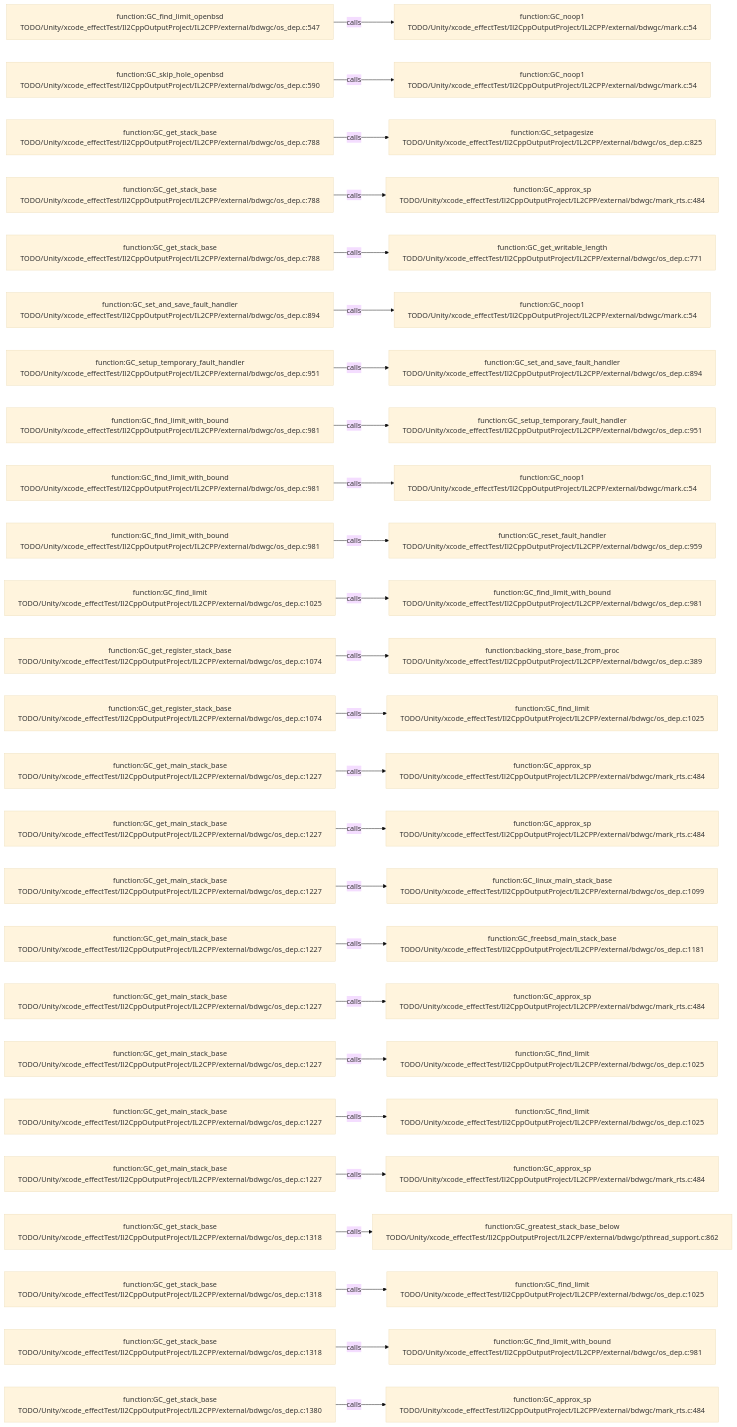
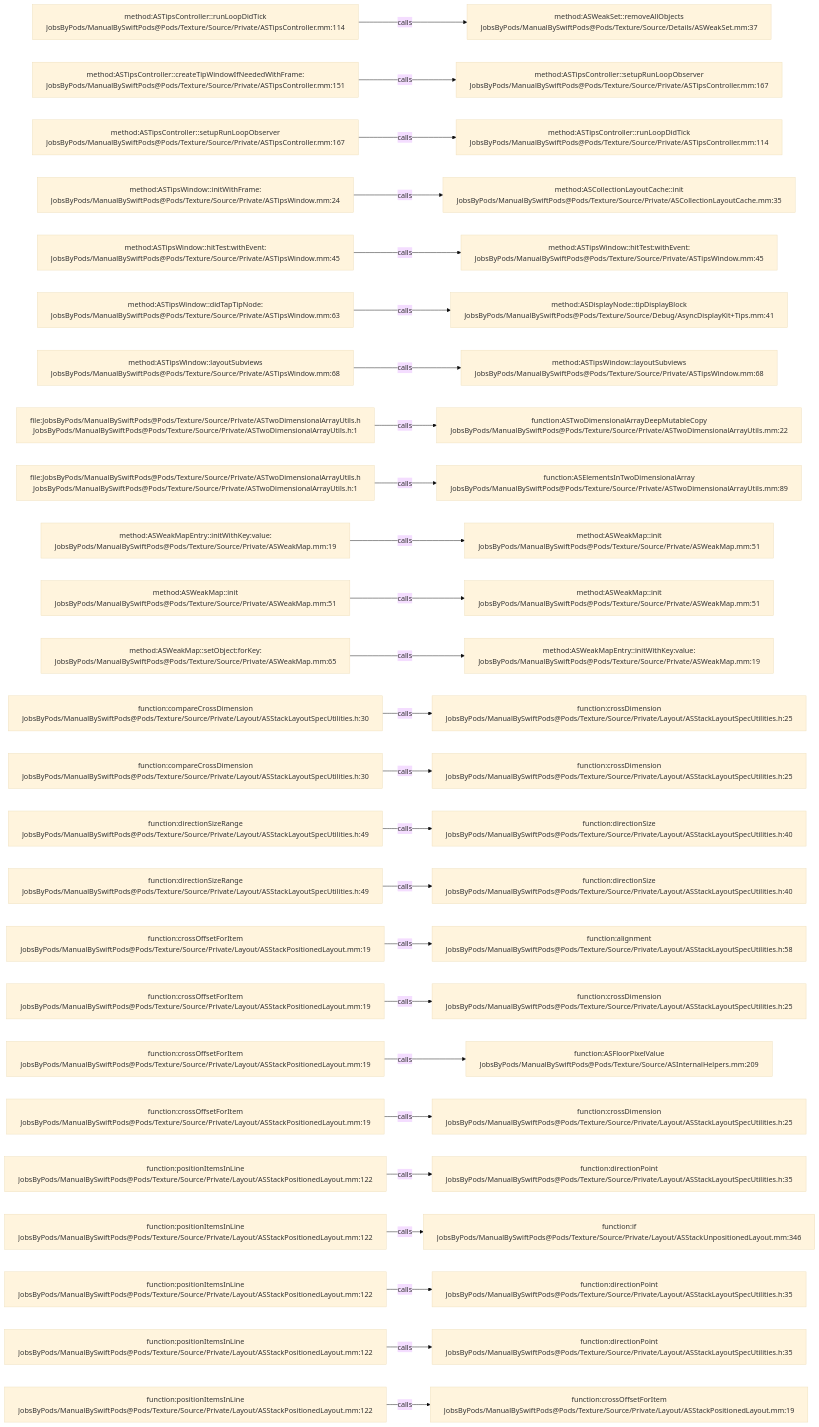
The diagram in .codegraph/codegraph.md/graphs/calls-142.md (JobsKits/JobsSwiftBaseConfigDemo), drawn with Mermaid (base theme) before and after one commit. The commit also changed 2959 other files, not shown here.

````diff
--- a/.codegraph/codegraph.md/graphs/calls-142.md
+++ b/.codegraph/codegraph.md/graphs/calls-142.md
@@ -13,78 +13,78 @@
 ```mermaid
 flowchart LR
-  S1["function:GC_find_limit_openbsd<br/>TODO/Unity/xcode_effectTest/Il2CppOutputProject/IL2CPP/external/bdwgc/os_dep.c:547"]
-  T1["function:GC_noop1<br/>TODO/Unity/xcode_effectTest/Il2CppOutputProject/IL2CPP/external/bdwgc/mark.c:54"]
+  S1["method:ASTipsController::runLoopDidTick<br/>JobsByPods/ManualBySwiftPods@Pods/Texture/Source/Private/ASTipsController.mm:114"]
+  T1["method:ASWeakSet::removeAllObjects<br/>JobsByPods/ManualBySwiftPods@Pods/Texture/Source/Details/ASWeakSet.mm:37"]
   S1 -->|calls| T1
-  S2["function:GC_skip_hole_openbsd<br/>TODO/Unity/xcode_effectTest/Il2CppOutputProject/IL2CPP/external/bdwgc/os_dep.c:590"]
-  T2["function:GC_noop1<br/>TODO/Unity/xcode_effectTest/Il2CppOutputProject/IL2CPP/external/bdwgc/mark.c:54"]
+  S2["method:ASTipsController::createTipWindowIfNeededWithFrame:<br/>JobsByPods/ManualBySwiftPods@Pods/Texture/Source/Private/ASTipsController.mm:151"]
+  T2["method:ASTipsController::setupRunLoopObserver<br/>JobsByPods/ManualBySwiftPods@Pods/Texture/Source/Private/ASTipsController.mm:167"]
   S2 -->|calls| T2
-  S3["function:GC_get_stack_base<br/>TODO/Unity/xcode_effectTest/Il2CppOutputProject/IL2CPP/external/bdwgc/os_dep.c:788"]
-  T3["function:GC_setpagesize<br/>TODO/Unity/xcode_effectTest/Il2CppOutputProject/IL2CPP/external/bdwgc/os_dep.c:825"]
+  S3["method:ASTipsController::setupRunLoopObserver<br/>JobsByPods/ManualBySwiftPods@Pods/Texture/Source/Private/ASTipsController.mm:167"]
+  T3["method:ASTipsController::runLoopDidTick<br/>JobsByPods/ManualBySwiftPods@Pods/Texture/Source/Private/ASTipsController.mm:114"]
   S3 -->|calls| T3
-  S4["function:GC_get_stack_base<br/>TODO/Unity/xcode_effectTest/Il2CppOutputProject/IL2CPP/external/bdwgc/os_dep.c:788"]
-  T4["function:GC_approx_sp<br/>TODO/Unity/xcode_effectTest/Il2CppOutputProject/IL2CPP/external/bdwgc/mark_rts.c:484"]
+  S4["method:ASTipsWindow::initWithFrame:<br/>JobsByPods/ManualBySwiftPods@Pods/Texture/Source/Private/ASTipsWindow.mm:24"]
+  T4["method:ASCollectionLayoutCache::init<br/>JobsByPods/ManualBySwiftPods@Pods/Texture/Source/Private/ASCollectionLayoutCache.mm:35"]
   S4 -->|calls| T4
-  S5["function:GC_get_stack_base<br/>TODO/Unity/xcode_effectTest/Il2CppOutputProject/IL2CPP/external/bdwgc/os_dep.c:788"]
-  T5["function:GC_get_writable_length<br/>TODO/Unity/xcode_effectTest/Il2CppOutputProject/IL2CPP/external/bdwgc/os_dep.c:771"]
+  S5["method:ASTipsWindow::hitTest:withEvent:<br/>JobsByPods/ManualBySwiftPods@Pods/Texture/Source/Private/ASTipsWindow.mm:45"]
+  T5["method:ASTipsWindow::hitTest:withEvent:<br/>JobsByPods/ManualBySwiftPods@Pods/Texture/Source/Private/ASTipsWindow.mm:45"]
   S5 -->|calls| T5
-  S6["function:GC_set_and_save_fault_handler<br/>TODO/Unity/xcode_effectTest/Il2CppOutputProject/IL2CPP/external/bdwgc/os_dep.c:894"]
-  T6["function:GC_noop1<br/>TODO/Unity/xcode_effectTest/Il2CppOutputProject/IL2CPP/external/bdwgc/mark.c:54"]
+  S6["method:ASTipsWindow::didTapTipNode:<br/>JobsByPods/ManualBySwiftPods@Pods/Texture/Source/Private/ASTipsWindow.mm:63"]
+  T6["method:ASDisplayNode::tipDisplayBlock<br/>JobsByPods/ManualBySwiftPods@Pods/Texture/Source/Debug/AsyncDisplayKit+Tips.mm:41"]
   S6 -->|calls| T6
-  S7["function:GC_setup_temporary_fault_handler<br/>TODO/Unity/xcode_effectTest/Il2CppOutputProject/IL2CPP/external/bdwgc/os_dep.c:951"]
-  T7["function:GC_set_and_save_fault_handler<br/>TODO/Unity/xcode_effectTest/Il2CppOutputProject/IL2CPP/external/bdwgc/os_dep.c:894"]
+  S7["method:ASTipsWindow::layoutSubviews<br/>JobsByPods/ManualBySwiftPods@Pods/Texture/Source/Private/ASTipsWindow.mm:68"]
+  T7["method:ASTipsWindow::layoutSubviews<br/>JobsByPods/ManualBySwiftPods@Pods/Texture/Source/Private/ASTipsWindow.mm:68"]
   S7 -->|calls| T7
-  S8["function:GC_find_limit_with_bound<br/>TODO/Unity/xcode_effectTest/Il2CppOutputProject/IL2CPP/external/bdwgc/os_dep.c:981"]
-  T8["function:GC_setup_temporary_fault_handler<br/>TODO/Unity/xcode_effectTest/Il2CppOutputProject/IL2CPP/external/bdwgc/os_dep.c:951"]
+  S8["file:JobsByPods/ManualBySwiftPods@Pods/Texture/Source/Private/ASTwoDimensionalArrayUtils.h<br/>JobsByPods/ManualBySwiftPods@Pods/Texture/Source/Private/ASTwoDimensionalArrayUtils.h:1"]
+  T8["function:ASTwoDimensionalArrayDeepMutableCopy<br/>JobsByPods/ManualBySwiftPods@Pods/Texture/Source/Private/ASTwoDimensionalArrayUtils.mm:22"]
   S8 -->|calls| T8
-  S9["function:GC_find_limit_with_bound<br/>TODO/Unity/xcode_effectTest/Il2CppOutputProject/IL2CPP/external/bdwgc/os_dep.c:981"]
-  T9["function:GC_noop1<br/>TODO/Unity/xcode_effectTest/Il2CppOutputProject/IL2CPP/external/bdwgc/mark.c:54"]
+  S9["file:JobsByPods/ManualBySwiftPods@Pods/Texture/Source/Private/ASTwoDimensionalArrayUtils.h<br/>JobsByPods/ManualBySwiftPods@Pods/Texture/Source/Private/ASTwoDimensionalArrayUtils.h:1"]
+  T9["function:ASElementsInTwoDimensionalArray<br/>JobsByPods/ManualBySwiftPods@Pods/Texture/Source/Private/ASTwoDimensionalArrayUtils.mm:89"]
   S9 -->|calls| T9
-  S10["function:GC_find_limit_with_bound<br/>TODO/Unity/xcode_effectTest/Il2CppOutputProject/IL2CPP/external/bdwgc/os_dep.c:981"]
-  T10["function:GC_reset_fault_handler<br/>TODO/Unity/xcode_effectTest/Il2CppOutputProject/IL2CPP/external/bdwgc/os_dep.c:959"]
+  S10["method:ASWeakMapEntry::initWithKey:value:<br/>JobsByPods/ManualBySwiftPods@Pods/Texture/Source/Private/ASWeakMap.mm:19"]
+  T10["method:ASWeakMap::init<br/>JobsByPods/ManualBySwiftPods@Pods/Texture/Source/Private/ASWeakMap.mm:51"]
   S10 -->|calls| T10
-  S11["function:GC_find_limit<br/>TODO/Unity/xcode_effectTest/Il2CppOutputProject/IL2CPP/external/bdwgc/os_dep.c:1025"]
-  T11["function:GC_find_limit_with_bound<br/>TODO/Unity/xcode_effectTest/Il2CppOutputProject/IL2CPP/external/bdwgc/os_dep.c:981"]
+  S11["method:ASWeakMap::init<br/>JobsByPods/ManualBySwiftPods@Pods/Texture/Source/Private/ASWeakMap.mm:51"]
+  T11["method:ASWeakMap::init<br/>JobsByPods/ManualBySwiftPods@Pods/Texture/Source/Private/ASWeakMap.mm:51"]
   S11 -->|calls| T11
-  S12["function:GC_get_register_stack_base<br/>TODO/Unity/xcode_effectTest/Il2CppOutputProject/IL2CPP/external/bdwgc/os_dep.c:1074"]
-  T12["function:backing_store_base_from_proc<br/>TODO/Unity/xcode_effectTest/Il2CppOutputProject/IL2CPP/external/bdwgc/os_dep.c:389"]
+  S12["method:ASWeakMap::setObject:forKey:<br/>JobsByPods/ManualBySwiftPods@Pods/Texture/Source/Private/ASWeakMap.mm:65"]
+  T12["method:ASWeakMapEntry::initWithKey:value:<br/>JobsByPods/ManualBySwiftPods@Pods/Texture/Source/Private/ASWeakMap.mm:19"]
   S12 -->|calls| T12
-  S13["function:GC_get_register_stack_base<br/>TODO/Unity/xcode_effectTest/Il2CppOutputProject/IL2CPP/external/bdwgc/os_dep.c:1074"]
-  T13["function:GC_find_limit<br/>TODO/Unity/xcode_effectTest/Il2CppOutputProject/IL2CPP/external/bdwgc/os_dep.c:1025"]
+  S13["function:compareCrossDimension<br/>JobsByPods/ManualBySwiftPods@Pods/Texture/Source/Private/Layout/ASStackLayoutSpecUtilities.h:30"]
+  T13["function:crossDimension<br/>JobsByPods/ManualBySwiftPods@Pods/Texture/Source/Private/Layout/ASStackLayoutSpecUtilities.h:25"]
   S13 -->|calls| T13
-  S14["function:GC_get_main_stack_base<br/>TODO/Unity/xcode_effectTest/Il2CppOutputProject/IL2CPP/external/bdwgc/os_dep.c:1227"]
-  T14["function:GC_approx_sp<br/>TODO/Unity/xcode_effectTest/Il2CppOutputProject/IL2CPP/external/bdwgc/mark_rts.c:484"]
+  S14["function:compareCrossDimension<br/>JobsByPods/ManualBySwiftPods@Pods/Texture/Source/Private/Layout/ASStackLayoutSpecUtilities.h:30"]
+  T14["function:crossDimension<br/>JobsByPods/ManualBySwiftPods@Pods/Texture/Source/Private/Layout/ASStackLayoutSpecUtilities.h:25"]
   S14 -->|calls| T14
-  S15["function:GC_get_main_stack_base<br/>TODO/Unity/xcode_effectTest/Il2CppOutputProject/IL2CPP/external/bdwgc/os_dep.c:1227"]
-  T15["function:GC_approx_sp<br/>TODO/Unity/xcode_effectTest/Il2CppOutputProject/IL2CPP/external/bdwgc/mark_rts.c:484"]
+  S15["function:directionSizeRange<br/>JobsByPods/ManualBySwiftPods@Pods/Texture/Source/Private/Layout/ASStackLayoutSpecUtilities.h:49"]
+  T15["function:directionSize<br/>JobsByPods/ManualBySwiftPods@Pods/Texture/Source/Private/Layout/ASStackLayoutSpecUtilities.h:40"]
   S15 -->|calls| T15
-  S16["function:GC_get_main_stack_base<br/>TODO/Unity/xcode_effectTest/Il2CppOutputProject/IL2CPP/external/bdwgc/os_dep.c:1227"]
-  T16["function:GC_linux_main_stack_base<br/>TODO/Unity/xcode_effectTest/Il2CppOutputProject/IL2CPP/external/bdwgc/os_dep.c:1099"]
+  S16["function:directionSizeRange<br/>JobsByPods/ManualBySwiftPods@Pods/Texture/Source/Private/Layout/ASStackLayoutSpecUtilities.h:49"]
+  T16["function:directionSize<br/>JobsByPods/ManualBySwiftPods@Pods/Texture/Source/Private/Layout/ASStackLayoutSpecUtilities.h:40"]
   S16 -->|calls| T16
-  S17["function:GC_get_main_stack_base<br/>TODO/Unity/xcode_effectTest/Il2CppOutputProject/IL2CPP/external/bdwgc/os_dep.c:1227"]
-  T17["function:GC_freebsd_main_stack_base<br/>TODO/Unity/xcode_effectTest/Il2CppOutputProject/IL2CPP/external/bdwgc/os_dep.c:1181"]
+  S17["function:crossOffsetForItem<br/>JobsByPods/ManualBySwiftPods@Pods/Texture/Source/Private/Layout/ASStackPositionedLayout.mm:19"]
+  T17["function:alignment<br/>JobsByPods/ManualBySwiftPods@Pods/Texture/Source/Private/Layout/ASStackLayoutSpecUtilities.h:58"]
   S17 -->|calls| T17
-  S18["function:GC_get_main_stack_base<br/>TODO/Unity/xcode_effectTest/Il2CppOutputProject/IL2CPP/external/bdwgc/os_dep.c:1227"]
-  T18["function:GC_approx_sp<br/>TODO/Unity/xcode_effectTest/Il2CppOutputProject/IL2CPP/external/bdwgc/mark_rts.c:484"]
+  S18["function:crossOffsetForItem<br/>JobsByPods/ManualBySwiftPods@Pods/Texture/Source/Private/Layout/ASStackPositionedLayout.mm:19"]
+  T18["function:crossDimension<br/>JobsByPods/ManualBySwiftPods@Pods/Texture/Source/Private/Layout/ASStackLayoutSpecUtilities.h:25"]
   S18 -->|calls| T18
-  S19["function:GC_get_main_stack_base<br/>TODO/Unity/xcode_effectTest/Il2CppOutputProject/IL2CPP/external/bdwgc/os_dep.c:1227"]
-  T19["function:GC_find_limit<br/>TODO/Unity/xcode_effectTest/Il2CppOutputProject/IL2CPP/external/bdwgc/os_dep.c:1025"]
+  S19["function:crossOffsetForItem<br/>JobsByPods/ManualBySwiftPods@Pods/Texture/Source/Private/Layout/ASStackPositionedLayout.mm:19"]
+  T19["function:ASFloorPixelValue<br/>JobsByPods/ManualBySwiftPods@Pods/Texture/Source/ASInternalHelpers.mm:209"]
   S19 -->|calls| T19
-  S20["function:GC_get_main_stack_base<br/>TODO/Unity/xcode_effectTest/Il2CppOutputProject/IL2CPP/external/bdwgc/os_dep.c:1227"]
-  T20["function:GC_find_limit<br/>TODO/Unity/xcode_effectTest/Il2CppOutputProject/IL2CPP/external/bdwgc/os_dep.c:1025"]
+  S20["function:crossOffsetForItem<br/>JobsByPods/ManualBySwiftPods@Pods/Texture/Source/Private/Layout/ASStackPositionedLayout.mm:19"]
+  T20["function:crossDimension<br/>JobsByPods/ManualBySwiftPods@Pods/Texture/Source/Private/Layout/ASStackLayoutSpecUtilities.h:25"]
   S20 -->|calls| T20
-  S21["function:GC_get_main_stack_base<br/>TODO/Unity/xcode_effectTest/Il2CppOutputProject/IL2CPP/external/bdwgc/os_dep.c:1227"]
-  T21["function:GC_approx_sp<br/>TODO/Unity/xcode_effectTest/Il2CppOutputProject/IL2CPP/external/bdwgc/mark_rts.c:484"]
+  S21["function:positionItemsInLine<br/>JobsByPods/ManualBySwiftPods@Pods/Texture/Source/Private/Layout/ASStackPositionedLayout.mm:122"]
+  T21["function:directionPoint<br/>JobsByPods/ManualBySwiftPods@Pods/Texture/Source/Private/Layout/ASStackLayoutSpecUtilities.h:35"]
   S21 -->|calls| T21
-  S22["function:GC_get_stack_base<br/>TODO/Unity/xcode_effectTest/Il2CppOutputProject/IL2CPP/external/bdwgc/os_dep.c:1318"]
-  T22["function:GC_greatest_stack_base_below<br/>TODO/Unity/xcode_effectTest/Il2CppOutputProject/IL2CPP/external/bdwgc/pthread_support.c:862"]
+  S22["function:positionItemsInLine<br/>JobsByPods/ManualBySwiftPods@Pods/Texture/Source/Private/Layout/ASStackPositionedLayout.mm:122"]
+  T22["function:if<br/>JobsByPods/ManualBySwiftPods@Pods/Texture/Source/Private/Layout/ASStackUnpositionedLayout.mm:346"]
   S22 -->|calls| T22
-  S23["function:GC_get_stack_base<br/>TODO/Unity/xcode_effectTest/Il2CppOutputProject/IL2CPP/external/bdwgc/os_dep.c:1318"]
-  T23["function:GC_find_limit<br/>TODO/Unity/xcode_effectTest/Il2CppOutputProject/IL2CPP/external/bdwgc/os_dep.c:1025"]
+  S23["function:positionItemsInLine<br/>JobsByPods/ManualBySwiftPods@Pods/Texture/Source/Private/Layout/ASStackPositionedLayout.mm:122"]
+  T23["function:directionPoint<br/>JobsByPods/ManualBySwiftPods@Pods/Texture/Source/Private/Layout/ASStackLayoutSpecUtilities.h:35"]
   S23 -->|calls| T23
-  S24["function:GC_get_stack_base<br/>TODO/Unity/xcode_effectTest/Il2CppOutputProject/IL2CPP/external/bdwgc/os_dep.c:1318"]
-  T24["function:GC_find_limit_with_bound<br/>TODO/Unity/xcode_effectTest/Il2CppOutputProject/IL2CPP/external/bdwgc/os_dep.c:981"]
+  S24["function:positionItemsInLine<br/>JobsByPods/ManualBySwiftPods@Pods/Texture/Source/Private/Layout/ASStackPositionedLayout.mm:122"]
+  T24["function:directionPoint<br/>JobsByPods/ManualBySwiftPods@Pods/Texture/Source/Private/Layout/ASStackLayoutSpecUtilities.h:35"]
   S24 -->|calls| T24
-  S25["function:GC_get_stack_base<br/>TODO/Unity/xcode_effectTest/Il2CppOutputProject/IL2CPP/external/bdwgc/os_dep.c:1380"]
-  T25["function:GC_approx_sp<br/>TODO/Unity/xcode_effectTest/Il2CppOutputProject/IL2CPP/external/bdwgc/mark_rts.c:484"]
+  S25["function:positionItemsInLine<br/>JobsByPods/ManualBySwiftPods@Pods/Texture/Source/Private/Layout/ASStackPositionedLayout.mm:122"]
+  T25["function:crossOffsetForItem<br/>JobsByPods/ManualBySwiftPods@Pods/Texture/Source/Private/Layout/ASStackPositionedLayout.mm:19"]
   S25 -->|calls| T25
 ```
````
